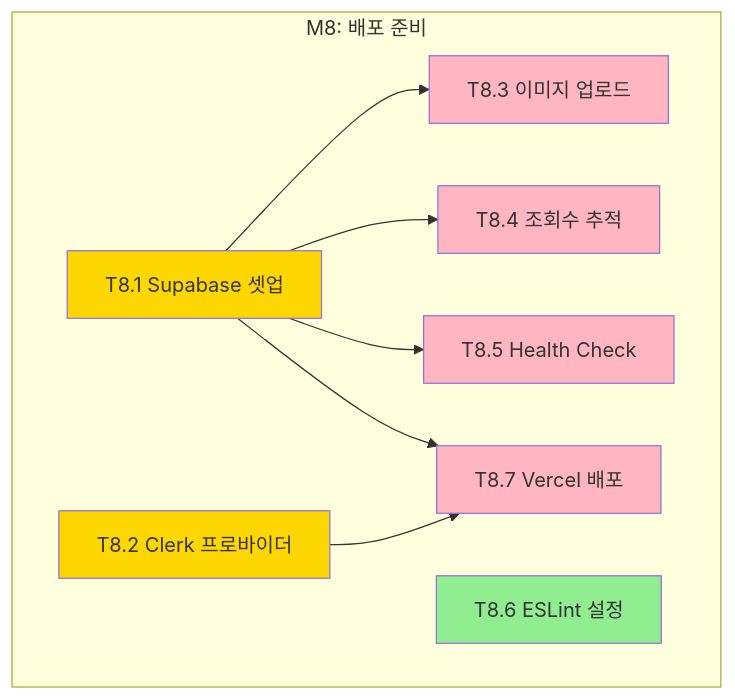
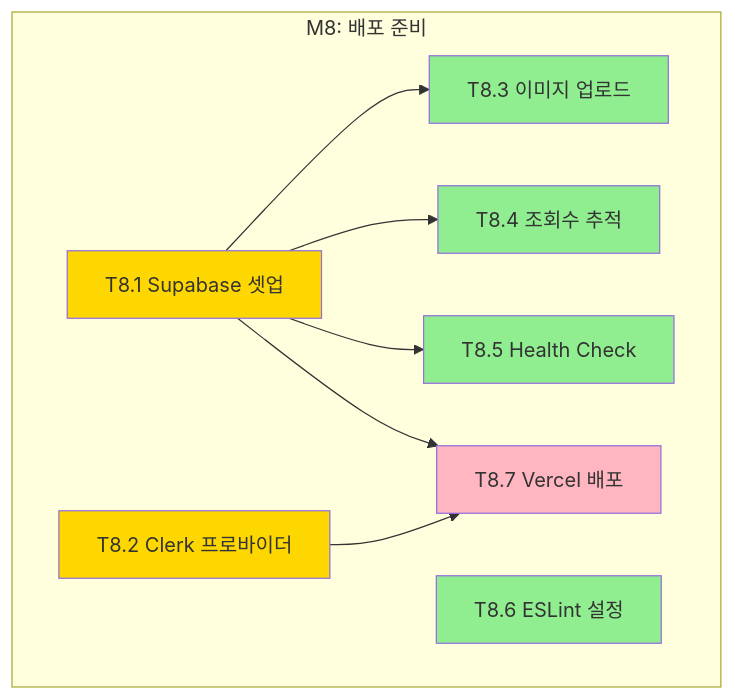
One commit to tjwns3481/stay-guide changed the second of 2 diagrams in docs/planning/06-tasks.md. Above: the diagram before and after it, drawn with Mermaid. The commit also changed other lines of this file, not shown here.

````diff
--- a/docs/planning/06-tasks.md
+++ b/docs/planning/06-tasks.md
@@ -1163,26 +1160,26 @@
 ```mermaid
 flowchart TD
     subgraph M8[M8: 배포 준비]
         T8.1[T8.1 Supabase 셋업]
         T8.2[T8.2 Clerk 프로바이더]
         T8.3[T8.3 이미지 업로드]
         T8.4[T8.4 조회수 추적]
         T8.5[T8.5 Health Check]
         T8.6[T8.6 ESLint 설정]
         T8.7[T8.7 Vercel 배포]
     end
 
     T8.1 --> T8.3
     T8.1 --> T8.4
     T8.1 --> T8.5
     T8.1 --> T8.7
     T8.2 --> T8.7
 
     style T8.1 fill:#FFD700
     style T8.2 fill:#FFD700
-    style T8.3 fill:#FFB6C1
-    style T8.4 fill:#FFB6C1
-    style T8.5 fill:#FFB6C1
+    style T8.3 fill:#90EE90
+    style T8.4 fill:#90EE90
+    style T8.5 fill:#90EE90
     style T8.6 fill:#90EE90
     style T8.7 fill:#FFB6C1
 ```
````
